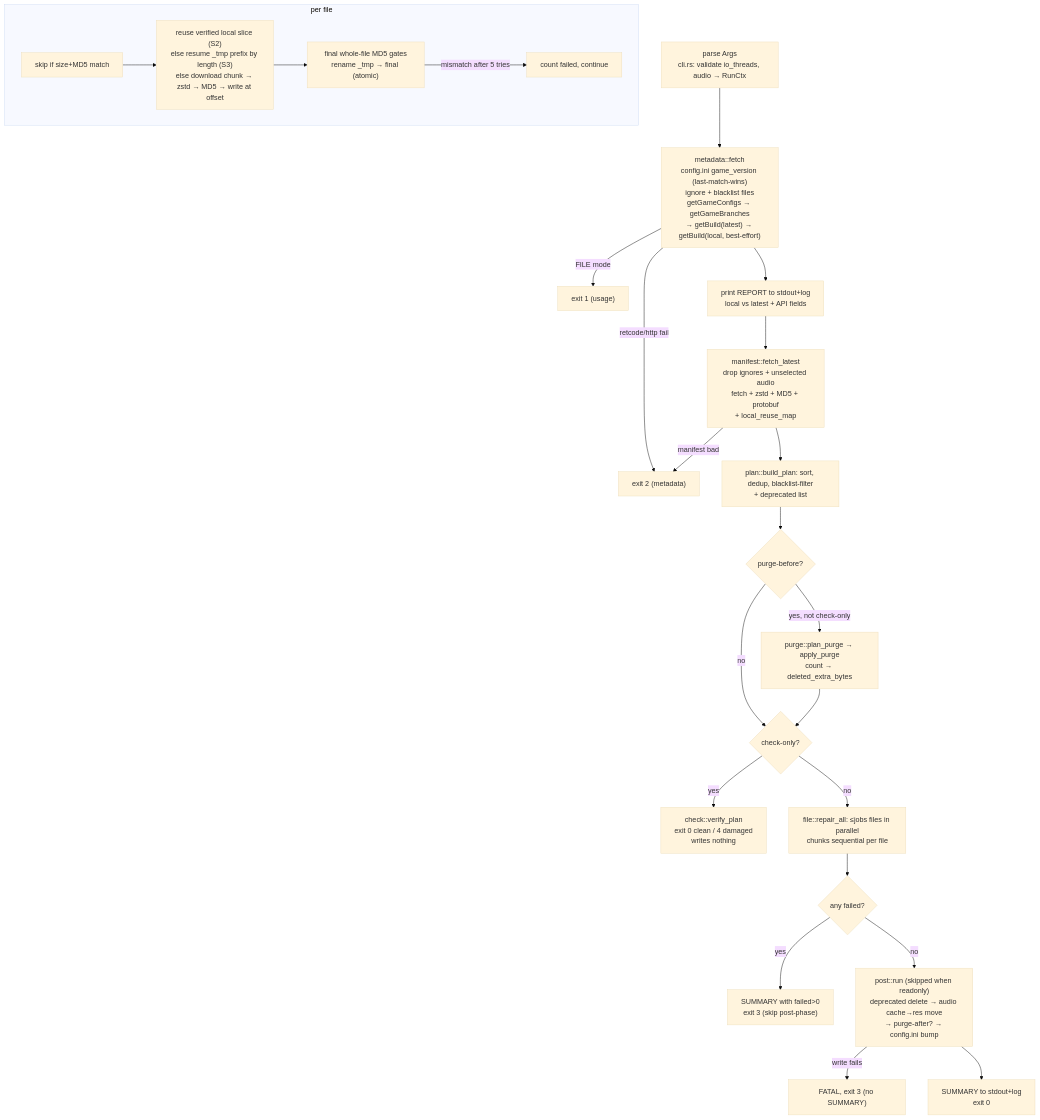
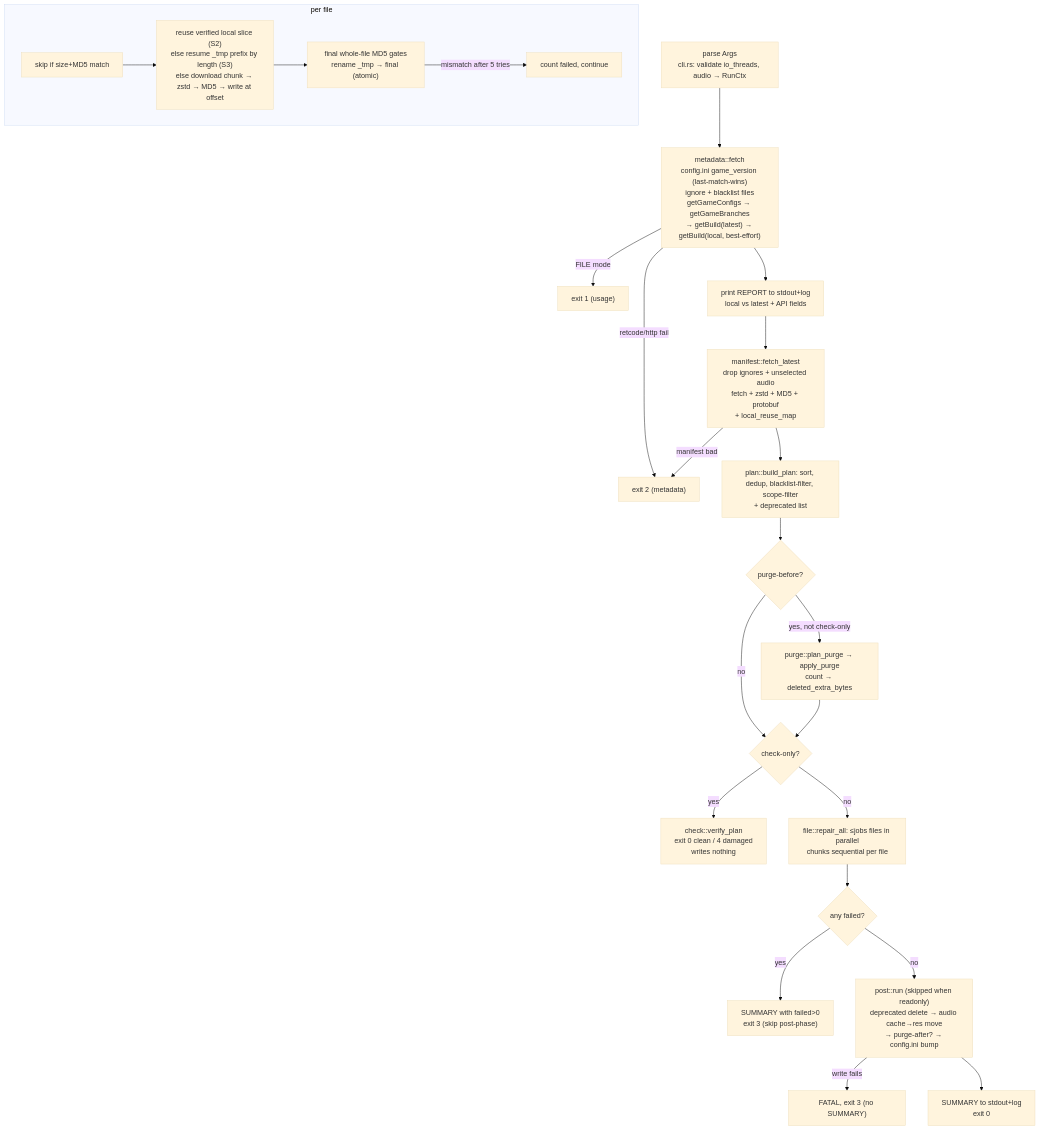
The diagram in README.md (bhbghghbgb/girpr), drawn with Mermaid (base theme) before and after one commit. The commit also changed other lines of this file and 12 other files, not shown here.

````diff
--- a/README.md
+++ b/README.md
@@ -58,26 +58,26 @@
 ```mermaid
 flowchart TD
     A["parse Args<br/>cli.rs: validate io_threads, audio → RunCtx"] --> B["metadata::fetch<br/>config.ini game_version (last-match-wins)<br/>ignore + blacklist files<br/>getGameConfigs → getGameBranches<br/>→ getBuild(latest) → getBuild(local, best-effort)"]
     B -->|FILE mode| X1["exit 1 (usage)"]
     B -->|retcode/http fail| X2["exit 2 (metadata)"]
     B --> C["print REPORT to stdout+log<br/>local vs latest + API fields"]
     C --> D["manifest::fetch_latest<br/>drop ignores + unselected audio<br/>fetch + zstd + MD5 + protobuf<br/>+ local_reuse_map"]
     D -->|manifest bad| X2
-    D --> E["plan::build_plan: sort, dedup, blacklist-filter<br/>+ deprecated list"]
+    D --> E["plan::build_plan: sort, dedup, blacklist-filter, scope-filter<br/>+ deprecated list"]
     E --> F{"purge-before?"}
     F -->|yes, not check-only| G["purge::plan_purge → apply_purge<br/>count → deleted_extra_bytes"]
     F -->|no| H{"check-only?"}
     G --> H
     H -->|yes| I["check::verify_plan<br/>exit 0 clean / 4 damaged<br/>writes nothing"]
     H -->|no| J["file::repair_all: ≤jobs files in parallel<br/>chunks sequential per file"]
     subgraph perfile ["per file"]
         J1["skip if size+MD5 match"] --> J2["reuse verified local slice (S2)<br/>else resume _tmp prefix by length (S3)<br/>else download chunk → zstd → MD5 → write at offset"]
         J2 --> J3["final whole-file MD5 gates<br/>rename _tmp → final (atomic)"]
         J3 -->|mismatch after 5 tries| J4["count failed, continue"]
     end
     J --> K{"any failed?"}
     K -->|yes| L["SUMMARY with failed>0<br/>exit 3 (skip post-phase)"]
     K -->|no| M["post::run (skipped when readonly)<br/>deprecated delete → audio cache→res move<br/>→ purge-after? → config.ini bump"]
     M -->|write fails| X3["FATAL, exit 3 (no SUMMARY)"]
     M --> N["SUMMARY to stdout+log<br/>exit 0"]
 ```
````
